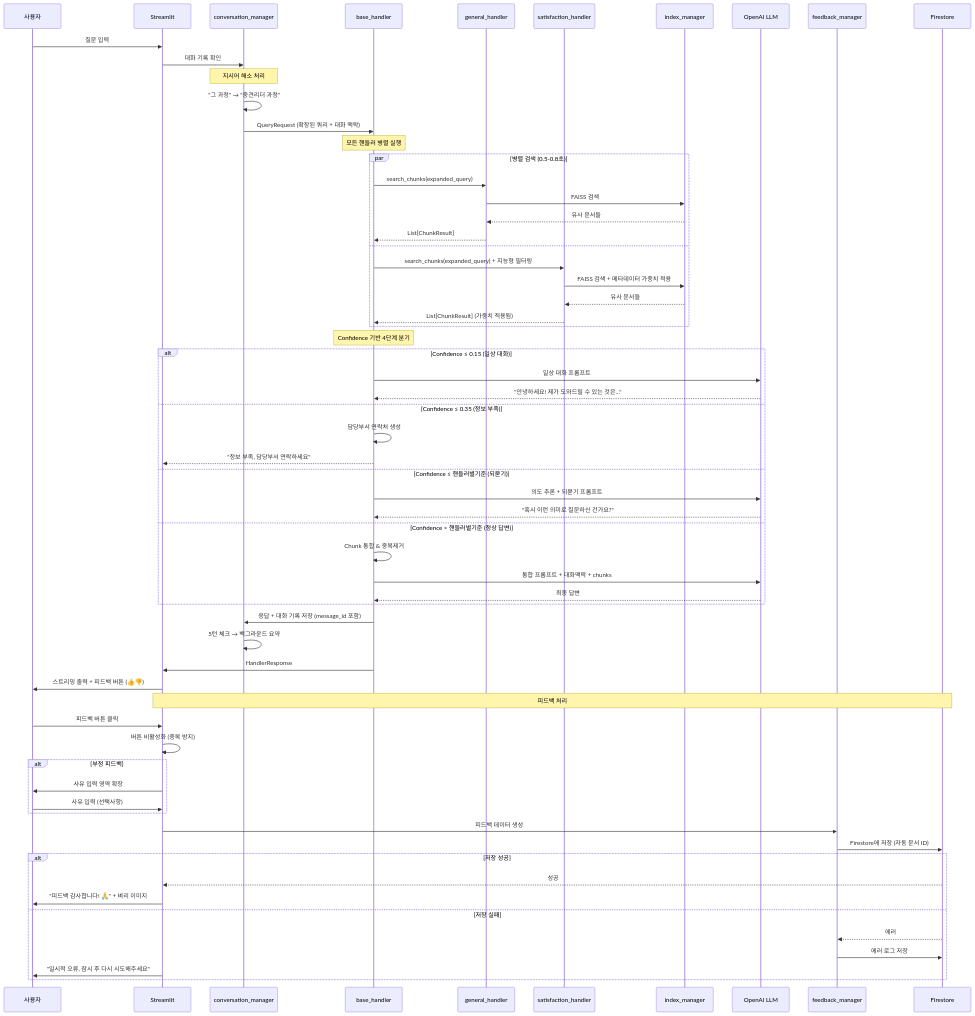
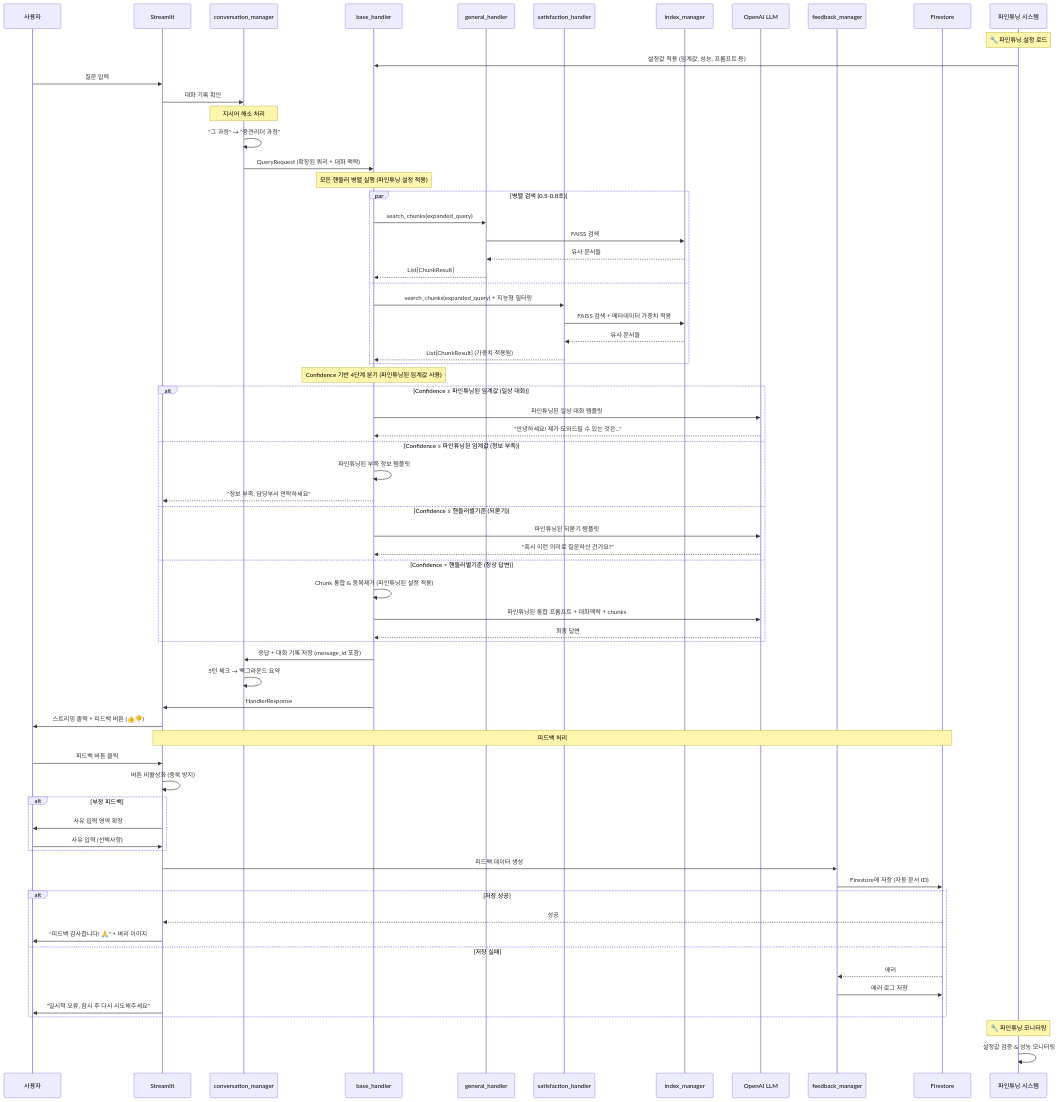
The second of 2 diagrams in docs/architecture_04.md (monodani/GNHRD_lab), drawn with Mermaid before and after one commit. The commit also changed other lines of this file, not shown here.

````diff
--- a/docs/architecture_04.md
+++ b/docs/architecture_04.md
@@ -244,73 +415,80 @@
 ```mermaid
 sequenceDiagram
     participant User as 사용자
     participant UI as Streamlit
     participant Conv as conversation_manager
     participant Central as base_handler
     participant H1 as general_handler
     participant H2 as satisfaction_handler
     participant Index as index_manager
     participant LLM as OpenAI LLM
     participant FB as feedback_manager
     participant FS as Firestore
+    participant Tune as 파인튜닝 시스템
+    
+    Note over Tune: 🔧 파인튜닝 설정 로드
+    Tune->>Central: 설정값 적용 (임계값, 성능, 프롬프트 등)
     
     User->>UI: 질문 입력
     UI->>Conv: 대화 기록 확인
     
     Note over Conv: 지시어 해소 처리
     Conv->>Conv: "그 과정" → "중견리더 과정"
     
     Conv->>Central: QueryRequest (확장된 쿼리 + 대화 맥락)
     
-    Note over Central: 모든 핸들러 병렬 실행
+    Note over Central: 모든 핸들러 병렬 실행 (파인튜닝 설정 적용)
     par 병렬 검색 (0.5-0.8초)
         Central->>H1: search_chunks(expanded_query)
         H1->>Index: FAISS 검색
         Index-->>H1: 유사 문서들
         H1-->>Central: List[ChunkResult]
     and
         Central->>H2: search_chunks(expanded_query) + 지능형 필터링
         H2->>Index: FAISS 검색 + 메타데이터 가중치 적용
         Index-->>H2: 유사 문서들
         H2-->>Central: List[ChunkResult] (가중치 적용됨)
     end
     
-    Note over Central: Confidence 기반 4단계 분기
-    alt Confidence ≤ 0.15 (일상 대화)
-        Central->>LLM: 일상 대화 프롬프트
+    Note over Central: Confidence 기반 4단계 분기 (파인튜닝된 임계값 사용)
+    alt Confidence ≤ 파인튜닝된 임계값 (일상 대화)
+        Central->>LLM: 파인튜닝된 일상 대화 템플릿
         LLM-->>Central: "안녕하세요! 제가 도와드릴 수 있는 것은..."
-    else Confidence ≤ 0.35 (정보 부족)
-        Central->>Central: 담당부서 연락처 생성
+    else Confidence ≤ 파인튜닝된 임계값 (정보 부족)
+        Central->>Central: 파인튜닝된 부족 정보 템플릿
         Central-->>UI: "정보 부족, 담당부서 연락하세요"
     else Confidence ≤ 핸들러별기준 (되묻기)
-        Central->>LLM: 의도 추론 + 되묻기 프롬프트
+        Central->>LLM: 파인튜닝된 되묻기 템플릿
         LLM-->>Central: "혹시 이런 의미로 질문하신 건가요?"
     else Confidence > 핸들러별기준 (정상 답변)
-        Central->>Central: Chunk 통합 & 중복제거
-        Central->>LLM: 통합 프롬프트 + 대화맥락 + chunks
+        Central->>Central: Chunk 통합 & 중복제거 (파인튜닝된 설정 적용)
+        Central->>LLM: 파인튜닝된 통합 프롬프트 + 대화맥락 + chunks
         LLM-->>Central: 최종 답변
     end
     
     Central->>Conv: 응답 + 대화 기록 저장 (message_id 포함)
     Conv->>Conv: 5턴 체크 → 백그라운드 요약
     Central->>UI: HandlerResponse
     UI->>User: 스트리밍 출력 + 피드백 버튼 (👍👎)
     
     Note over UI,FS: 피드백 처리
     User->>UI: 피드백 버튼 클릭
     UI->>UI: 버튼 비활성화 (중복 방지)
     alt 부정 피드백
         UI->>User: 사유 입력 영역 확장
         User->>UI: 사유 입력 (선택사항)
     end
     UI->>FB: 피드백 데이터 생성
     FB->>FS: Firestore에 저장 (자동 문서 ID)
     alt 저장 성공
         FS-->>UI: 성공
         UI->>User: "피드백 감사합니다! 🙏" + 벼리 이미지
     else 저장 실패
         FS-->>FB: 에러
         FB->>FS: 에러 로그 저장
         UI->>User: "일시적 오류, 잠시 후 다시 시도해주세요"
     end
+    
+    Note over Tune: 🔧 파인튜닝 모니터링
+    Tune->>Tune: 설정값 검증 & 성능 모니터링
 ```
````
